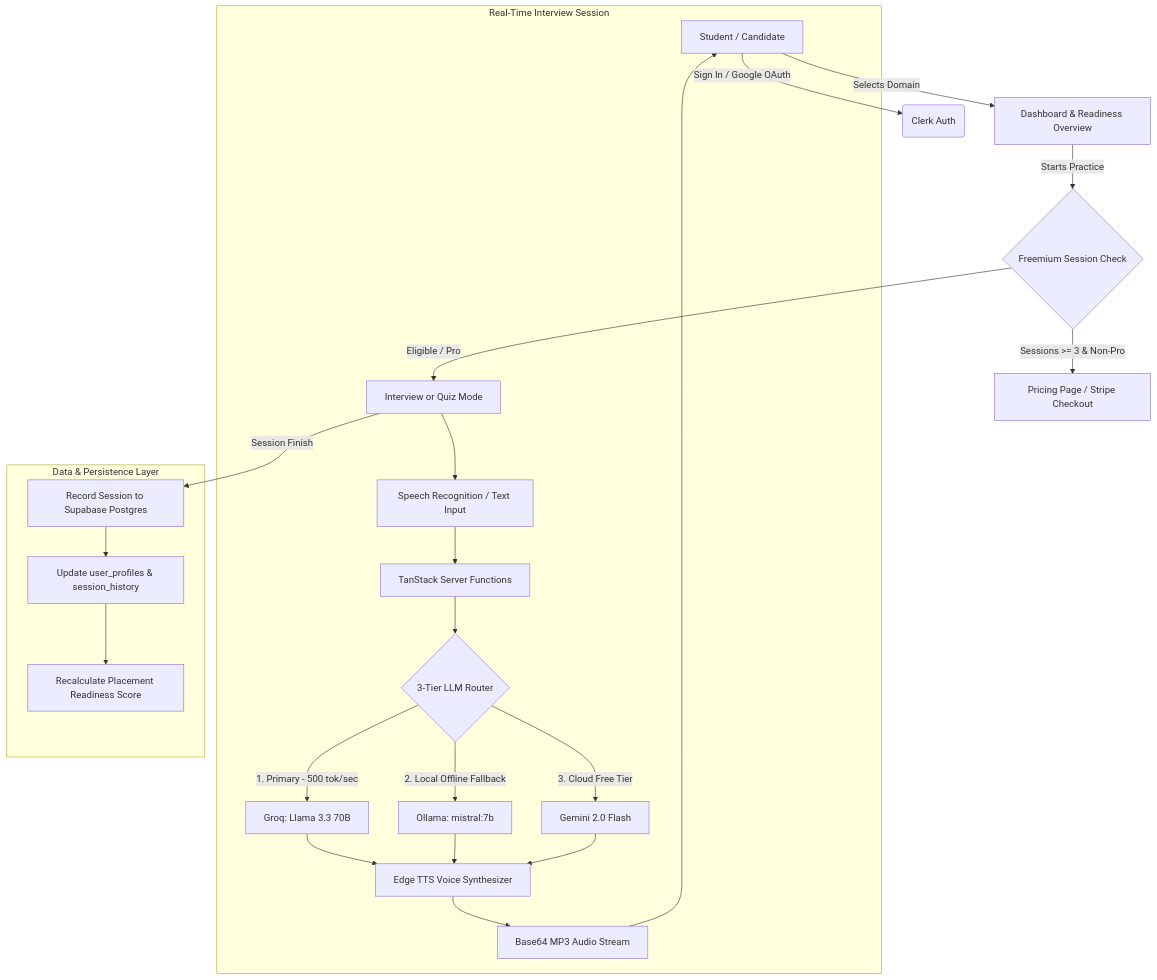
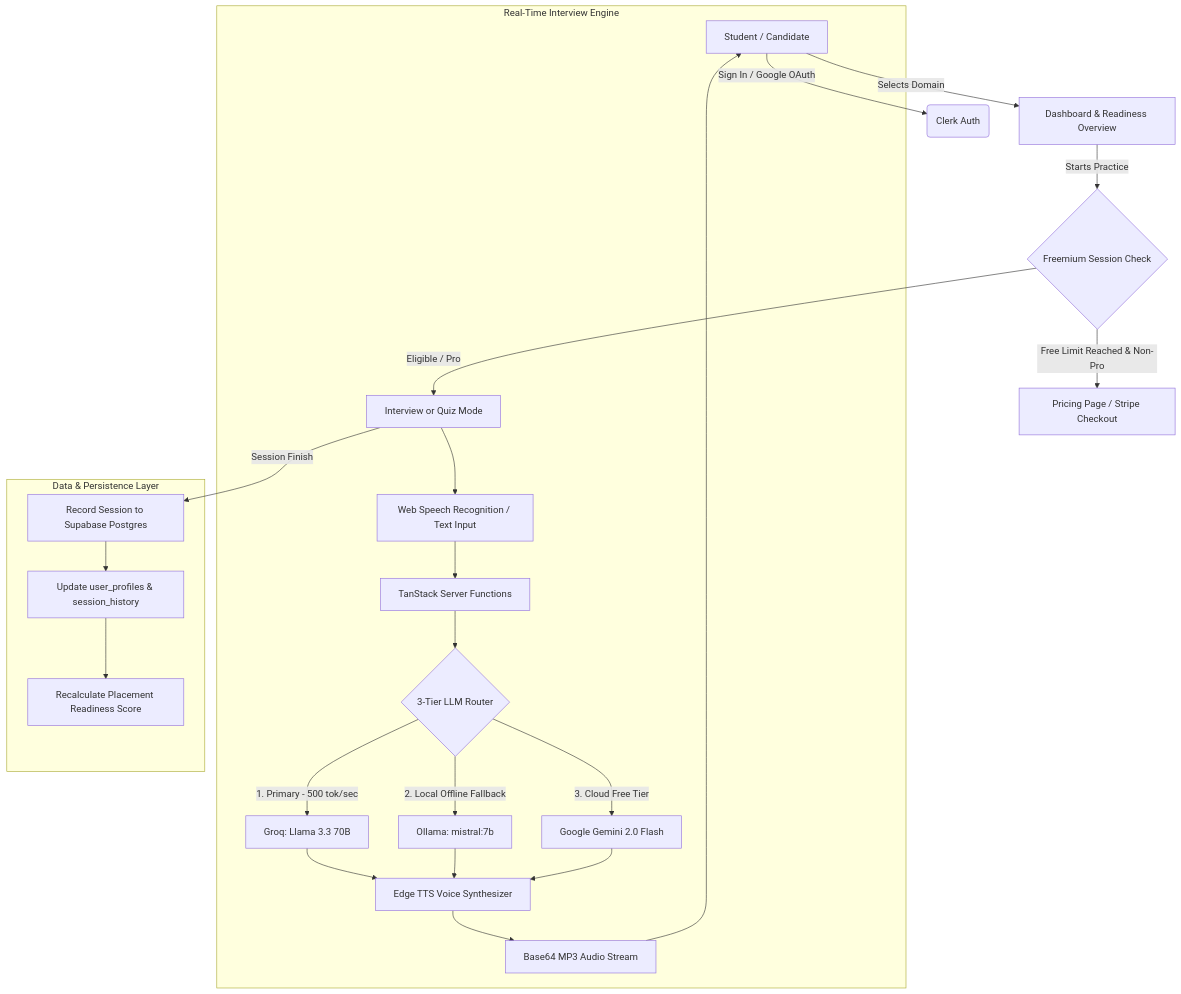
The diagram in README.md (njd07/mockmate), drawn with Mermaid before and after one commit. The commit also changed other lines of this file, not shown here.

Commit message:
docs: update README with live production details, 5 sessions quota, and admin guide

````diff
--- a/README.md
+++ b/README.md
@@ -43,28 +52,28 @@
 ```mermaid
 graph TD
     A[Student / Candidate] -->|Sign In / Google OAuth| B(Clerk Auth)
     A -->|Selects Domain| C[Dashboard & Readiness Overview]
     C -->|Starts Practice| D{Freemium Session Check}
-    D -->|Sessions >= 3 & Non-Pro| E[Pricing Page / Stripe Checkout]
+    D -->|Free Limit Reached & Non-Pro| E[Pricing Page / Stripe Checkout]
     D -->|Eligible / Pro| F[Interview or Quiz Mode]
 
-    subgraph "Real-Time Interview Session"
-    F --> G[Speech Recognition / Text Input]
+    subgraph "Real-Time Interview Engine"
+    F --> G[Web Speech Recognition / Text Input]
     G --> H[TanStack Server Functions]
     H --> I{3-Tier LLM Router}
     I -->|1. Primary - 500 tok/sec| J[Groq: Llama 3.3 70B]
     I -->|2. Local Offline Fallback| K[Ollama: mistral:7b]
-    I -->|3. Cloud Free Tier| L[Gemini 2.0 Flash]
+    I -->|3. Cloud Free Tier| L[Google Gemini 2.0 Flash]
     J --> M[Edge TTS Voice Synthesizer]
     K --> M
     L --> M
     M --> N[Base64 MP3 Audio Stream]
     N --> A
     end
 
     subgraph "Data & Persistence Layer"
     F -->|Session Finish| O[Record Session to Supabase Postgres]
     O --> P[Update user_profiles & session_history]
     P --> Q[Recalculate Placement Readiness Score]
     end
 ```
````
